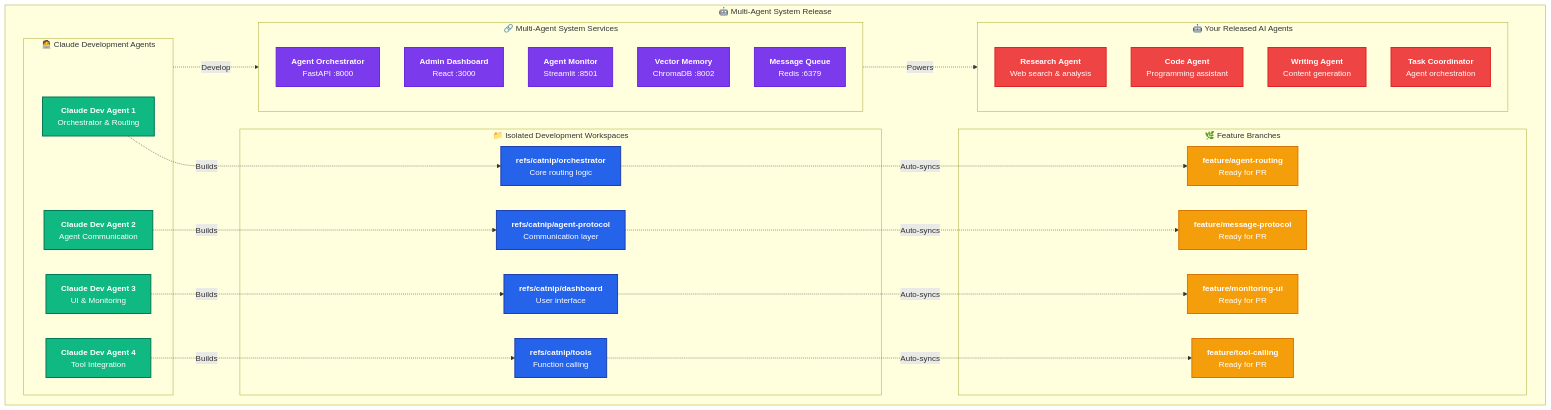
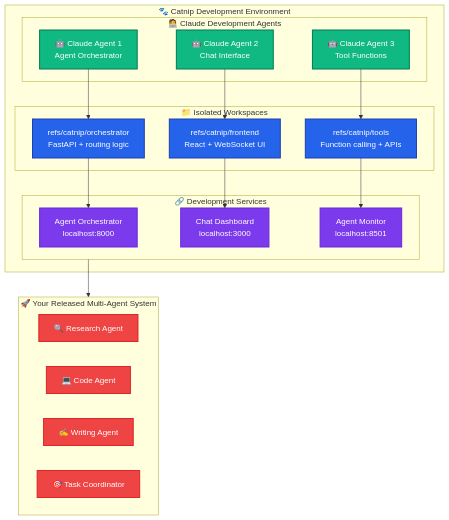
The first of 2 diagrams in README.md (wandb/catnip), drawn with Mermaid before and after one commit. The commit also changed other lines of this file, not shown here.

````diff
--- a/README.md
+++ b/README.md
@@ -67,65 +67,49 @@
 ```mermaid
 graph TB
-    subgraph project ["🤖 Multi-Agent System Release"]
-        subgraph devagents ["🧑‍💻 Claude Development Agents"]
-            dagent1["<b>Claude Dev Agent 1</b><br/>Orchestrator & Routing"]
-            dagent2["<b>Claude Dev Agent 2</b><br/>Agent Communication"]
-            dagent3["<b>Claude Dev Agent 3</b><br/>UI & Monitoring"]
-            dagent4["<b>Claude Dev Agent 4</b><br/>Tool Integration"]
+    subgraph catnip ["🐾 Catnip Development Environment"]
+        subgraph devs ["🧑‍💻 Claude Development Agents"]
+            claude1["🤖 Claude Agent 1<br/>Agent Orchestrator"]
+            claude2["🤖 Claude Agent 2<br/>Chat Interface"] 
+            claude3["🤖 Claude Agent 3<br/>Tool Functions"]
         end
         
-        subgraph worktrees ["📁 Isolated Development Workspaces"]
-            wt1["<b>refs/catnip/orchestrator</b><br/>Core routing logic"]
-            wt2["<b>refs/catnip/agent-protocol</b><br/>Communication layer"] 
-            wt3["<b>refs/catnip/dashboard</b><br/>User interface"]
-            wt4["<b>refs/catnip/tools</b><br/>Function calling"]
+        subgraph workspaces ["📁 Isolated Workspaces"]
+            wt1["refs/catnip/orchestrator<br/>FastAPI + routing logic"]
+            wt2["refs/catnip/frontend<br/>React + WebSocket UI"]
+            wt3["refs/catnip/tools<br/>Function calling + APIs"]
         end
         
-        subgraph services ["🔗 Multi-Agent System Services"]
-            orchestrator["<b>Agent Orchestrator</b><br/>FastAPI :8000"]
-            dashboard["<b>Admin Dashboard</b><br/>React :3000"]
-            monitoring["<b>Agent Monitor</b><br/>Streamlit :8501"]
-            vector["<b>Vector Memory</b><br/>ChromaDB :8002"]
-            queue["<b>Message Queue</b><br/>Redis :6379"]
-        end
-        
-        subgraph aiagents ["🤖 Your Released AI Agents"]
-            researcher["<b>Research Agent</b><br/>Web search & analysis"]
-            coder["<b>Code Agent</b><br/>Programming assistant"]
-            writer["<b>Writing Agent</b><br/>Content generation"]
-            coordinator["<b>Task Coordinator</b><br/>Agent orchestration"]
-        end
-        
-        subgraph branches ["🌿 Feature Branches"]
-            br1["<b>feature/agent-routing</b><br/>Ready for PR"]
-            br2["<b>feature/message-protocol</b><br/>Ready for PR"]
-            br3["<b>feature/monitoring-ui</b><br/>Ready for PR"]
-            br4["<b>feature/tool-calling</b><br/>Ready for PR"]
+        subgraph services ["🔗 Development Services"]
+            orch["Agent Orchestrator<br/>localhost:8000"]
+            ui["Chat Dashboard<br/>localhost:3000"]
+            monitor["Agent Monitor<br/>localhost:8501"]
         end
     end
     
-    dagent1 -.->|"Builds"| wt1
-    dagent2 -.->|"Builds"| wt2  
-    dagent3 -.->|"Builds"| wt3
-    dagent4 -.->|"Builds"| wt4
+    subgraph production ["🚀 Your Released Multi-Agent System"]
+        researcher["🔍 Research Agent"]
+        coder["💻 Code Agent"] 
+        writer["✍️ Writing Agent"]
+        coordinator["🎯 Task Coordinator"]
+    end
     
-    wt1 -.->|"Auto-syncs"| br1
-    wt2 -.->|"Auto-syncs"| br2
-    wt3 -.->|"Auto-syncs"| br3
-    wt4 -.->|"Auto-syncs"| br4
+    claude1 --> wt1
+    claude2 --> wt2
+    claude3 --> wt3
     
-    services -.->|"Powers"| aiagents
-    devagents -.->|"Develop"| services
+    wt1 --> orch
+    wt2 --> ui
+    wt3 --> monitor
     
-    classDef devAgentStyle fill:#10b981,stroke:#047857,stroke-width:2px,color:#ffffff
-    classDef worktreeStyle fill:#2563eb,stroke:#1e40af,stroke-width:2px,color:#ffffff  
+    services --> production
+    
+    classDef claudeStyle fill:#10b981,stroke:#047857,stroke-width:2px,color:#ffffff
+    classDef workspaceStyle fill:#2563eb,stroke:#1e40af,stroke-width:2px,color:#ffffff
     classDef serviceStyle fill:#7c3aed,stroke:#6d28d9,stroke-width:2px,color:#ffffff
-    classDef aiAgentStyle fill:#ef4444,stroke:#dc2626,stroke-width:2px,color:#ffffff
-    classDef branchStyle fill:#f59e0b,stroke:#d97706,stroke-width:2px,color:#ffffff
+    classDef prodStyle fill:#ef4444,stroke:#dc2626,stroke-width:2px,color:#ffffff
     
-    class dagent1,dagent2,dagent3,dagent4 devAgentStyle
-    class wt1,wt2,wt3,wt4 worktreeStyle
-    class orchestrator,dashboard,monitoring,vector,queue serviceStyle
-    class researcher,coder,writer,coordinator aiAgentStyle
-    class br1,br2,br3,br4 branchStyle
+    class claude1,claude2,claude3 claudeStyle
+    class wt1,wt2,wt3 workspaceStyle
+    class orch,ui,monitor serviceStyle
+    class researcher,coder,writer,coordinator prodStyle
 ```
````
